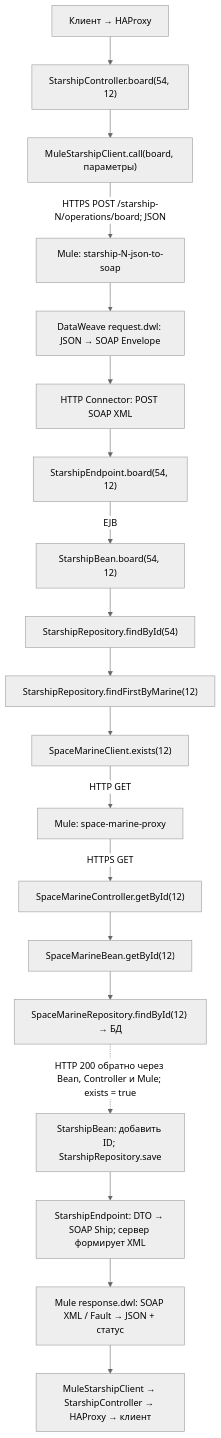
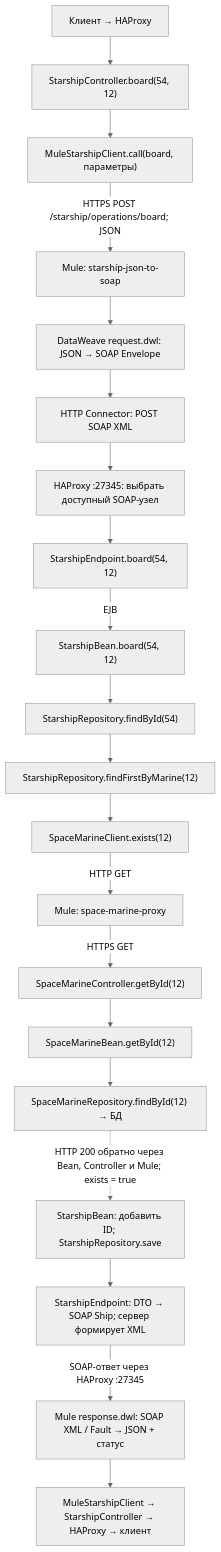
The second of 2 diagrams in README-LAB4-INTERACTION.md (arekalov/soa-labs), drawn with Mermaid (neutral theme) before and after one commit. The commit also changed other lines of this file and 11 other files, not shown here.

Commit message:
Use one Mule Starship flow with HAProxy SOAP balancing

````diff
--- a/README-LAB4-INTERACTION.md
+++ b/README-LAB4-INTERACTION.md
@@ -29,21 +30,22 @@
 ```mermaid
 flowchart TD
     UI["Клиент → HAProxy"] --> C["StarshipController.board(54, 12)"]
     C --> J["MuleStarshipClient.call(board, параметры)"]
-    J -->|"HTTPS POST /starship-N/operations/board; JSON"| M["Mule: starship-N-json-to-soap"]
+    J -->|"HTTPS POST /starship/operations/board; JSON"| M["Mule: starship-json-to-soap"]
     M --> DW["DataWeave request.dwl: JSON → SOAP Envelope"]
     DW --> HTTP["HTTP Connector: POST SOAP XML"]
-    HTTP --> EP["StarshipEndpoint.board(54, 12)"]
+    HTTP --> HS["HAProxy :27345: выбрать доступный SOAP-узел"]
+    HS --> EP["StarshipEndpoint.board(54, 12)"]
     EP -->|"EJB"| BEAN["StarshipBean.board(54, 12)"]
     BEAN --> FIND["StarshipRepository.findById(54)"]
     FIND --> CHECK["StarshipRepository.findFirstByMarine(12)"]
     CHECK --> CLIENT["SpaceMarineClient.exists(12)"]
     CLIENT -->|"HTTP GET"| MP["Mule: space-marine-proxy"]
     MP -->|"HTTPS GET"| MC["SpaceMarineController.getById(12)"]
     MC --> MB["SpaceMarineBean.getById(12)"]
     MB --> MR["SpaceMarineRepository.findById(12) → БД"]
     MR -.->|"HTTP 200 обратно через Bean, Controller и Mule; exists = true"| SAVE["StarshipBean: добавить ID; StarshipRepository.save"]
     SAVE --> OUT["StarshipEndpoint: DTO → SOAP Ship; сервер формирует XML"]
-    OUT --> RESPONSE["Mule response.dwl: SOAP XML / Fault → JSON + статус"]
+    OUT -->|"SOAP-ответ через HAProxy :27345"| RESPONSE["Mule response.dwl: SOAP XML / Fault → JSON + статус"]
     RESPONSE --> RETURN["MuleStarshipClient → StarshipController → HAProxy → клиент"]
 ```
````
